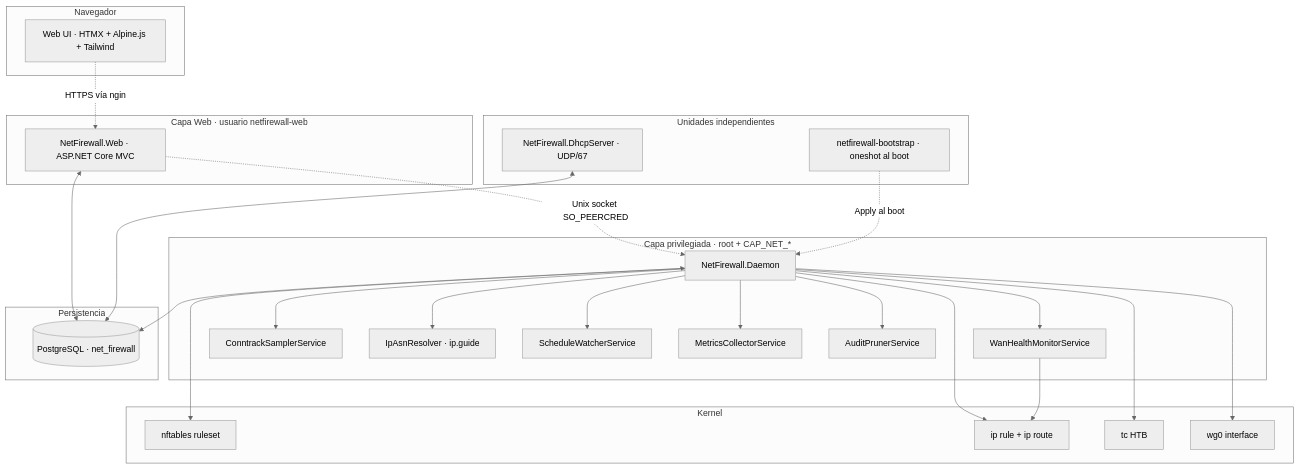
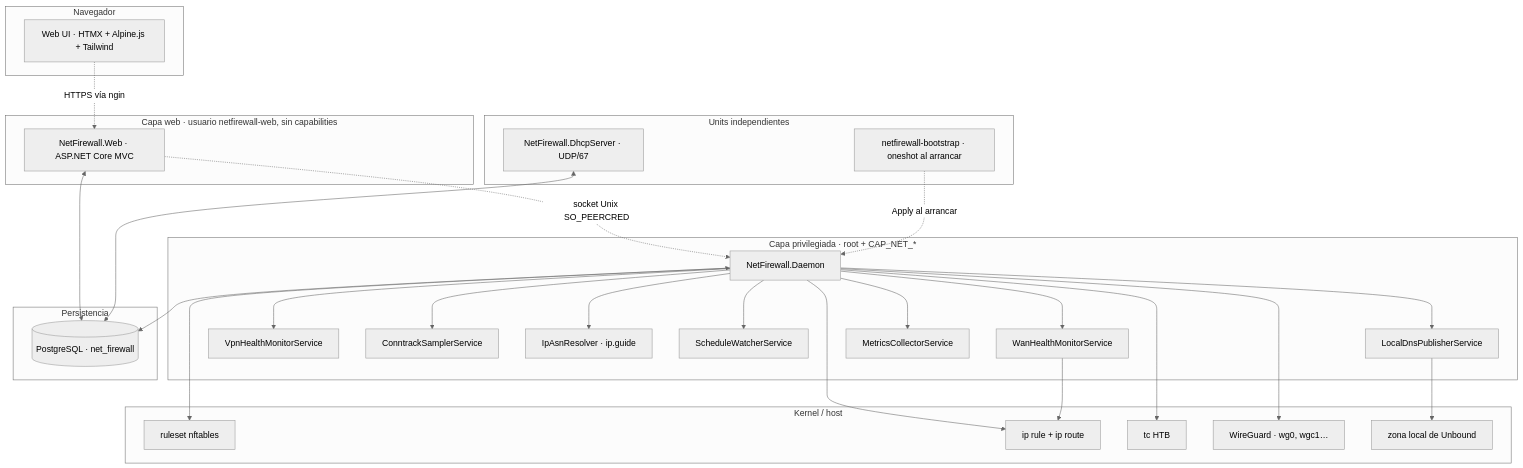
Before and after one commit to mchinchilla/NetFirewall: the first of 5 diagrams in README.es.md, drawn with Mermaid (neutral theme). The commit also changed other lines of this file and 7 other files, not shown here.

````diff
--- a/README.es.md
+++ b/README.es.md
@@ -61,48 +62,51 @@
 ```mermaid
 graph TB
     subgraph Navegador
         UI[Web UI · HTMX + Alpine.js + Tailwind]
     end
 
-    subgraph "Capa Web · usuario netfirewall-web"
+    subgraph "Capa web · usuario netfirewall-web, sin capabilities"
         WEB[NetFirewall.Web · ASP.NET Core MVC]
     end
 
     subgraph "Capa privilegiada · root + CAP_NET_*"
         D[NetFirewall.Daemon]
         D --> HM[WanHealthMonitorService]
+        D --> VH[VpnHealthMonitorService]
         D --> CS[ConntrackSamplerService]
         D --> AR[IpAsnResolver · ip.guide]
         D --> SW[ScheduleWatcherService]
+        D --> DNS[LocalDnsPublisherService]
         D --> MC[MetricsCollectorService]
-        D --> AP[AuditPrunerService]
     end
 
-    subgraph "Unidades independientes"
+    subgraph "Units independientes"
         DHCP[NetFirewall.DhcpServer · UDP/67]
-        BS[netfirewall-bootstrap · oneshot al boot]
+        BS[netfirewall-bootstrap · oneshot al arrancar]
     end
 
     subgraph "Persistencia"
         PG[(PostgreSQL · net_firewall)]
     end
 
-    subgraph Kernel
-        NFT[nftables ruleset]
+    subgraph Kernel / host
+        NFT[ruleset nftables]
         IPR[ip rule + ip route]
         TC[tc HTB]
-        WG[wg0 interface]
+        WG[WireGuard · wg0, wgc1…]
+        UB[zona local de Unbound]
     end
 
     UI -.HTTPS vía nginx.-> WEB
-    WEB -.Unix socket SO_PEERCRED.-> D
-    BS -.Apply al boot.-> D
+    WEB -.socket Unix SO_PEERCRED.-> D
+    BS -.Apply al arrancar.-> D
     WEB <--> PG
     D <--> PG
     DHCP <--> PG
     D --> NFT
     D --> IPR
     D --> TC
     D --> WG
+    DNS --> UB
     HM --> IPR
 ```
````
